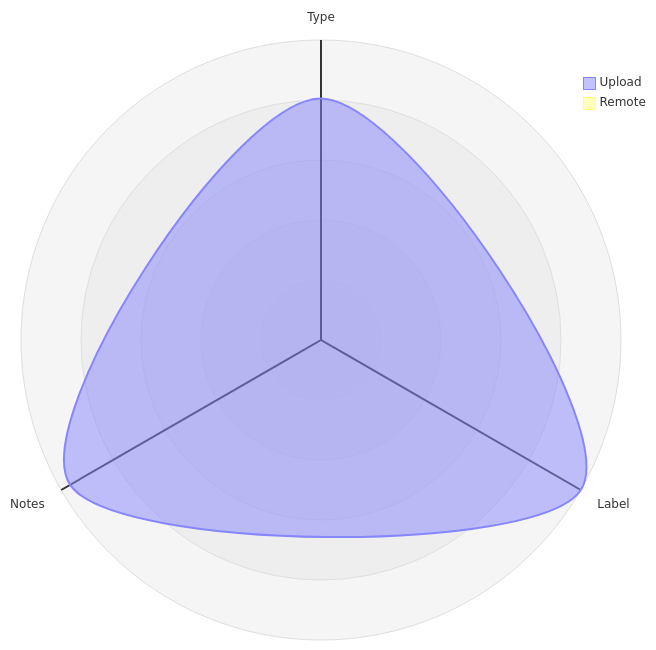
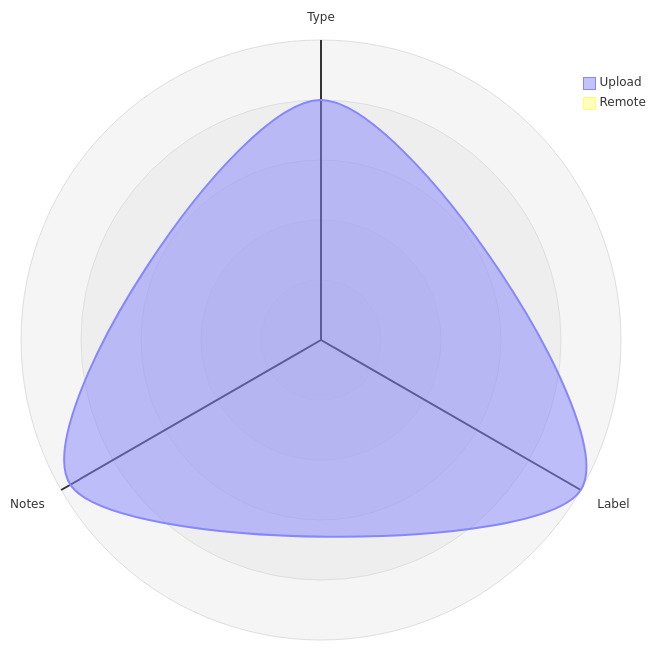
One commit to open-data/analytics-corporate-reporting changed the third of 5 diagrams in datastore_tracker/README.md. Above: the diagram before and after it, drawn with Mermaid. The commit also changed other lines of this file and 9 other files, not shown here.

````diff
--- a/datastore_tracker/README.md
+++ b/datastore_tracker/README.md
@@ -104,12 +104,12 @@
 ```mermaid
 radar-beta
   axis T["Type"], L["Label"], N["Notes"]
-  curve u["Upload"]{0.0007, 0.00087, 0.00084}
+  curve u["Upload"]{0.00068, 0.00085, 0.00082}
   curve r["Remote"]{0, 0, 0}
 
   showLegend true
 
   min 0
   graticule circle
   ticks 5
 ```
````
